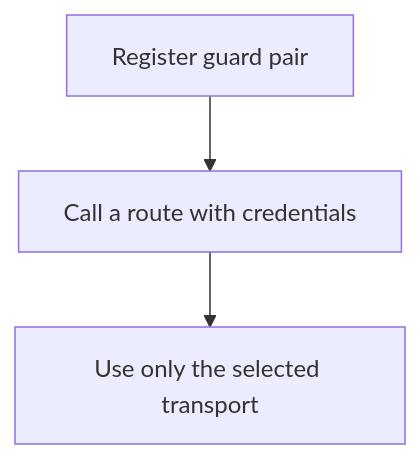
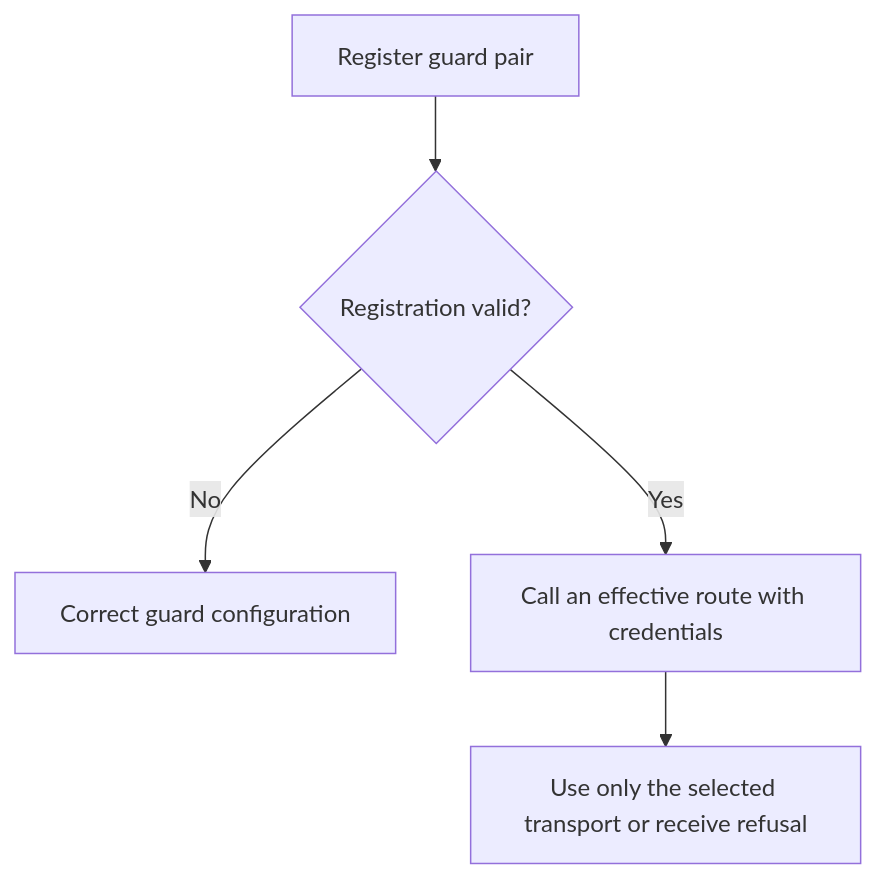
The first of 2 diagrams in user-stories/configure-masquerade/us-setup-02-select-credential-transport.md (Kevinjohn/oss-adonisjs-masquerade), drawn with Mermaid before and after one commit. The commit also changed other lines of this file and 22 other files, not shown here.

Commit message:
docs: verify user story paths and Mermaid flows against implementation

````diff
--- a/user-stories/configure-masquerade/us-setup-02-select-credential-transport.md
+++ b/user-stories/configure-masquerade/us-setup-02-select-credential-transport.md
@@ -20,5 +20,7 @@
 ```mermaid
 flowchart TD
-    A["Register guard pair"] --> B["Call a route with credentials"]
-    B["Call a route with credentials"] --> C["Use only the selected transport"]
+    A["Register guard pair"] --> Q{"Registration valid?"}
+    Q -->|No| R["Correct guard configuration"]
+    Q -->|Yes| B["Call an effective route with credentials"]
+    B --> C["Use only the selected transport or receive refusal"]
 ```
````
